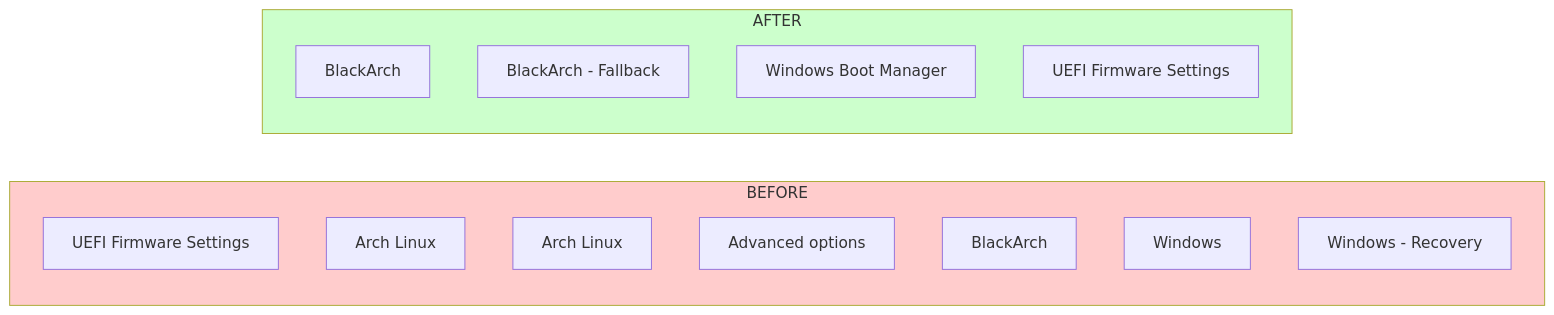
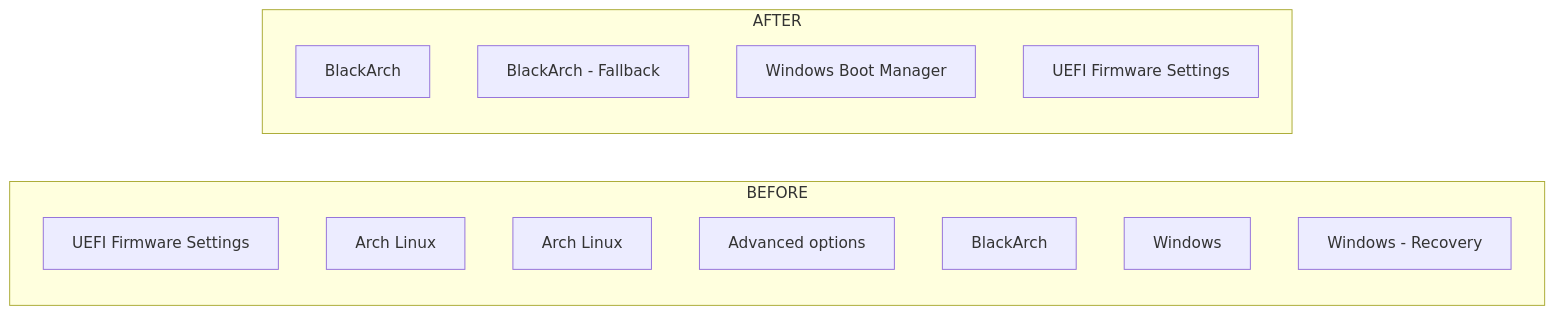
The second of 11 diagrams in System/Fixes/Visual-Guides.md (444Nazky/My-Vault), drawn with Mermaid before and after one commit. The commit also changed other lines of this file and 36 other files, not shown here.

````diff
--- a/System/Fixes/Visual-Guides.md
+++ b/System/Fixes/Visual-Guides.md
@@ -40,22 +40,21 @@
 ```mermaid
 graph LR
     subgraph BEFORE["BEFORE"]
         A1[UEFI Firmware Settings]
         A2[Arch Linux]
         A3[Arch Linux]
         A4[Advanced options]
         A5[BlackArch]
         A6[Windows]
         A7[Windows - Recovery]
     end
 
     subgraph AFTER["AFTER"]
         B1[BlackArch]
         B2[BlackArch - Fallback]
         B3[Windows Boot Manager]
         B4[UEFI Firmware Settings]
     end
 
-    style BEFORE fill:#ffcccc
-    style AFTER fill:#ccffcc
+
 ```
````
